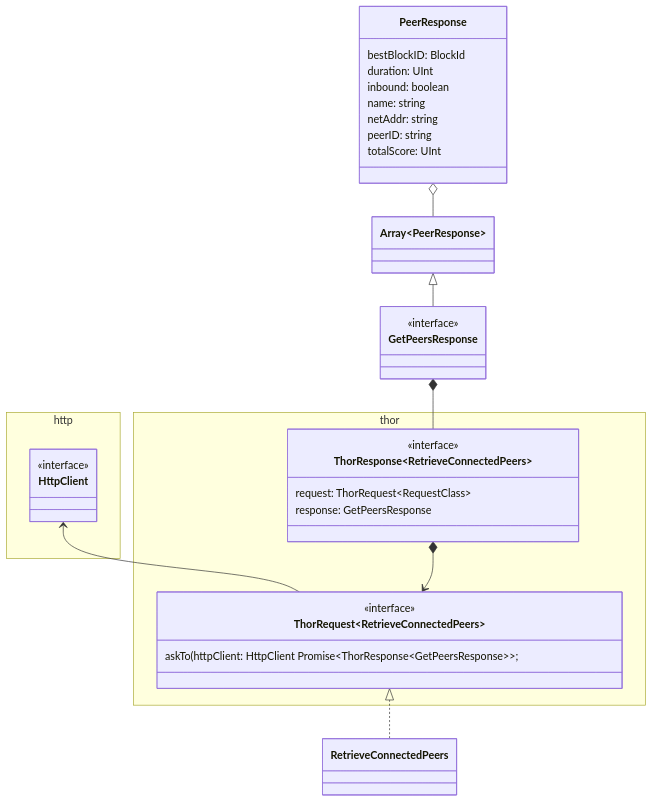
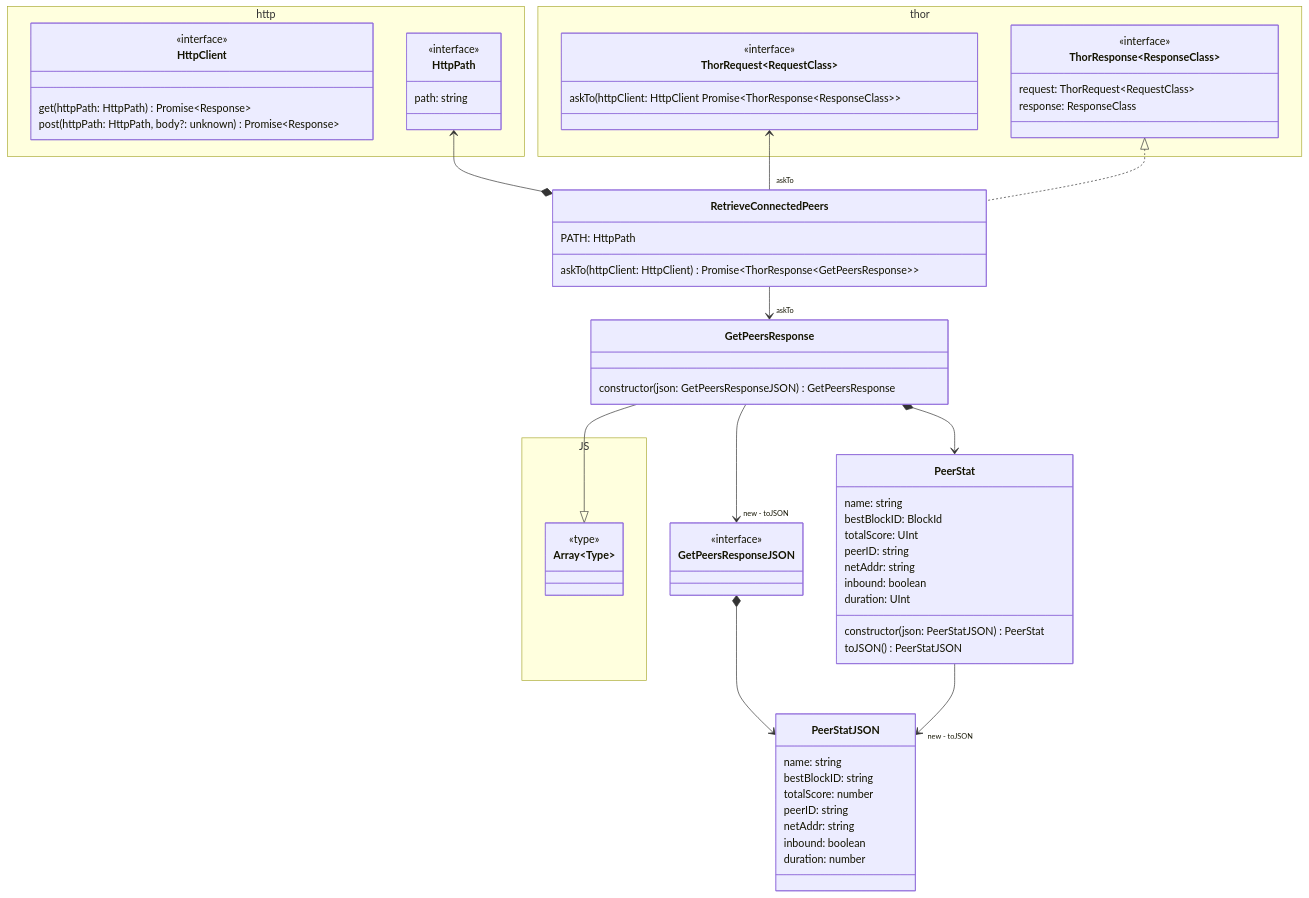
One commit to vechain/vechain-sdk-js changed the diagram in docs/diagrams/v2/net/thor/node/node.md. Above: the diagram before and after it, drawn with Mermaid. The commit also changed 5 other files, not shown here.

````diff
--- a/docs/diagrams/v2/net/thor/node/node.md
+++ b/docs/diagrams/v2/net/thor/node/node.md
@@ -1,41 +1,69 @@
 ```mermaid
 classDiagram
-    class Array~PeerResponse~ {
-    }
-    class GetPeersResponse {
-        <<interface>>
-    }
-    class PeerResponse {
-        bestBlockID: BlockId
-        duration: UInt
-        inbound: boolean
-        name: string
-        netAddr: string
-        peerID: string
-        totalScore: UInt
-    }
-    class RetrieveConnectedPeers {
+    namespace JS {
+        class Array~Type~ {
+            <<type>>
+        }
     }
     namespace http {
         class HttpClient {
             <<interface>>
+            get(httpPath: HttpPath) Promise~Response~
+            post(httpPath: HttpPath, body?: unknown) Promise~Response~
+        }
+        class HttpPath {
+            <<interface>>
+            path: string
         }
     }
     namespace thor {
-        class ThorRequest~RetrieveConnectedPeers~ {
+        class ThorRequest~RequestClass~ {
             <<interface>>
-            askTo(httpClient: HttpClient Promise~ThorResponse~GetPeersResponse~~;
+            askTo(httpClient: HttpClient Promise~ThorResponse~ResponseClass~~
         }
-        class ThorResponse~RetrieveConnectedPeers~ {
+        class ThorResponse~ResponseClass~ {
             <<interface>>
             request: ThorRequest~RequestClass~
-            response: GetPeersResponse
+            response: ResponseClass
         }
     }
-    Array~PeerResponse~ <|-- GetPeersResponse
-    GetPeersResponse *-- ThorResponse~RetrieveConnectedPeers~
-    HttpClient <-- ThorRequest~RetrieveConnectedPeers~
-    PeerResponse o-- Array~PeerResponse~
-    ThorRequest~RetrieveConnectedPeers~ <|.. RetrieveConnectedPeers
-    ThorResponse~RetrieveConnectedPeers~ *--> ThorRequest~RetrieveConnectedPeers~
+    class GetPeersResponse {
+        constructor(json: GetPeersResponseJSON) GetPeersResponse
+    }
+    class GetPeersResponseJSON {
+        <<interface>>
+    }
+    class PeerStat {
+        name: string
+        bestBlockID: BlockId
+        totalScore: UInt
+        peerID: string
+        netAddr: string
+        inbound: boolean
+        duration: UInt
+        constructor(json: PeerStatJSON) PeerStat
+        toJSON() PeerStatJSON
+    }
+    class PeerStatJSON {
+        name: string
+        bestBlockID: string
+        totalScore: number
+        peerID: string
+        netAddr: string
+        inbound: boolean
+        duration: number
+    }
+    class RetrieveConnectedPeers {
+        PATH: HttpPath
+        askTo(httpClient: HttpClient) Promise~ThorResponse~GetPeersResponse~~
+    }
+    GetPeersResponse *--> PeerStat
+    GetPeersResponse --> "new - toJSON" GetPeersResponseJSON
+    GetPeersResponse --|> Array
+    GetPeersResponseJSON *--> PeerStatJSON
+    HttpPath <--* RetrieveConnectedPeers
+    PeerStat --> "new - toJSON" PeerStatJSON
+    RetrieveConnectedPeers --> "askTo" GetPeersResponse
+    ThorRequest <-- "askTo" RetrieveConnectedPeers
+    ThorResponse <|.. RetrieveConnectedPeers
 ```
````
